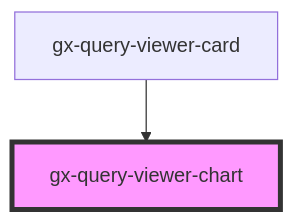
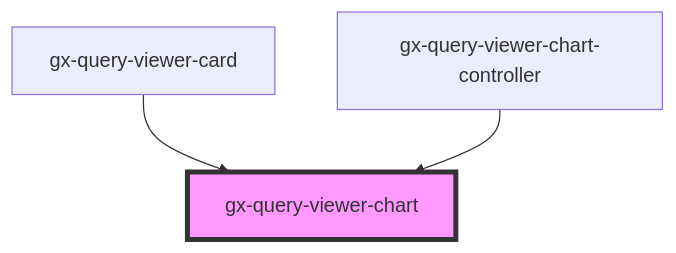
Before and after one commit to genexuslabs/reporting-controls-library: the diagram in src/components/query-viewer-chart/readme.md, drawn with Mermaid. The commit also changed other lines of this file and 4 other files, not shown here.

````diff
--- a/src/components/query-viewer-chart/readme.md
+++ b/src/components/query-viewer-chart/readme.md
@@ -29,5 +38,6 @@
 ```mermaid
 graph TD;
   gx-query-viewer-card --> gx-query-viewer-chart
+  gx-query-viewer-chart-controller --> gx-query-viewer-chart
   style gx-query-viewer-chart fill:#f9f,stroke:#333,stroke-width:4px
 ```
````
